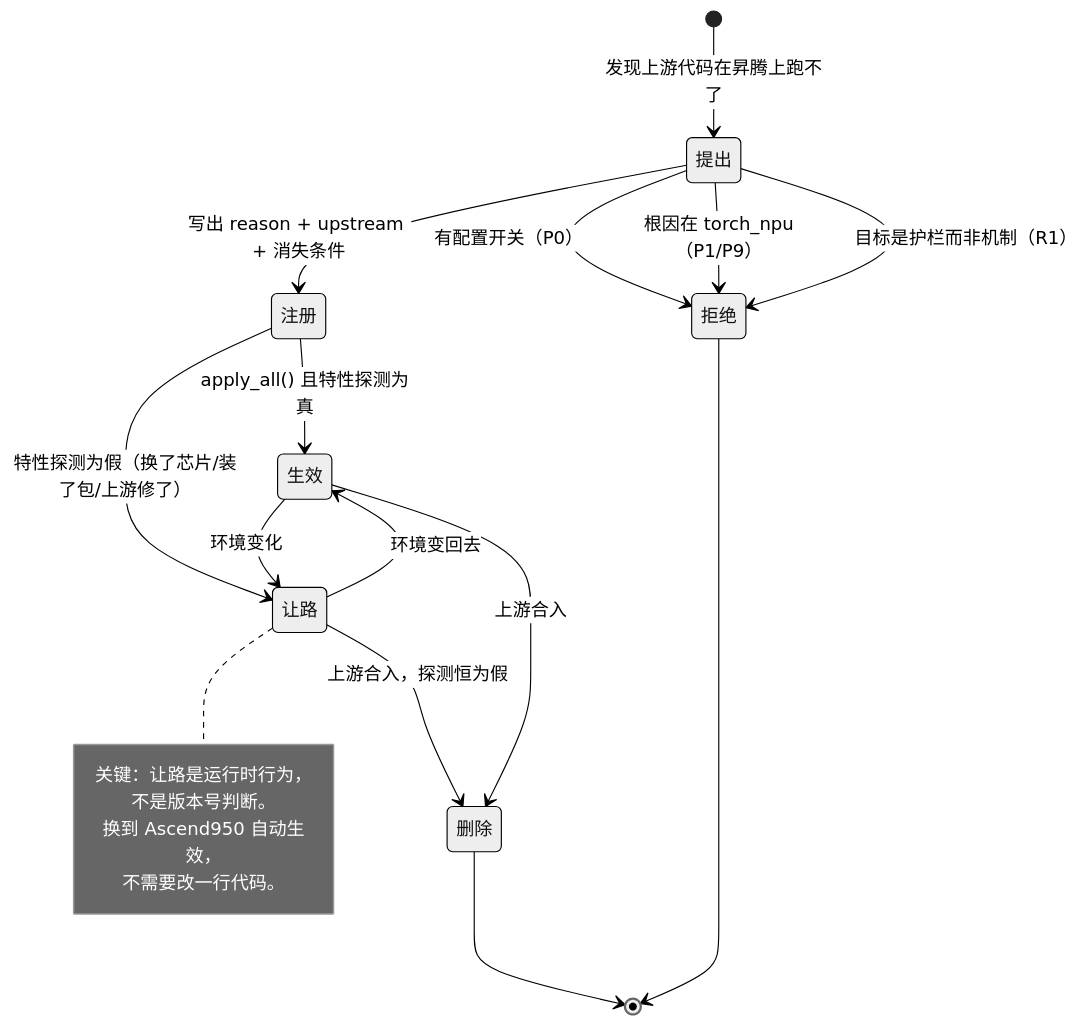
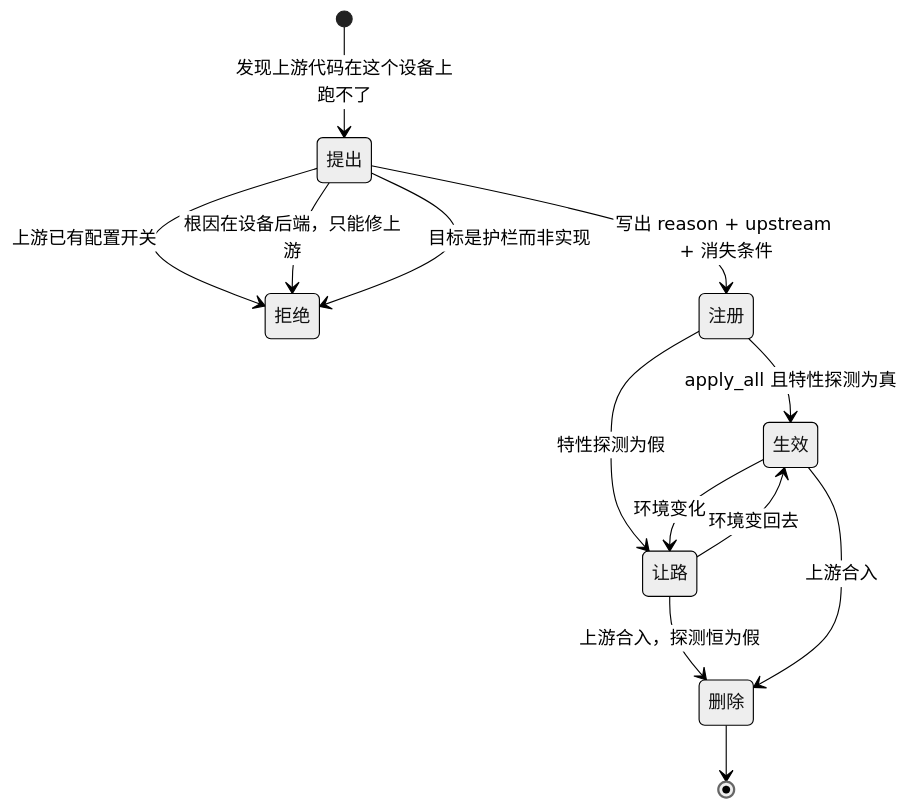
Before and after one commit to JavaZeroo/ascend-torchtitan: the eighth of 15 diagrams in docs/design/shim-and-override.md, drawn with Mermaid (neutral theme). The commit also changed other lines of this file and 1 other file, not shown here.

````diff
--- a/docs/design/shim-and-override.md
+++ b/docs/design/shim-and-override.md
@@ -305,23 +293,15 @@
 ```mermaid
 stateDiagram-v2
-    [*] --> 提出: 发现上游代码在昇腾上跑不了
-    提出 --> 拒绝: 有配置开关（P0）
-    提出 --> 拒绝: 根因在 torch_npu（P1/P9）
-    提出 --> 拒绝: 目标是护栏而非机制（R1）
+    [*] --> 提出: 发现上游代码在这个设备上跑不了
+    提出 --> 拒绝: 上游已有配置开关
+    提出 --> 拒绝: 根因在设备后端，只能修上游
+    提出 --> 拒绝: 目标是护栏而非实现
     提出 --> 注册: 写出 reason + upstream + 消失条件
-    注册 --> 生效: apply_all() 且特性探测为真
-    注册 --> 让路: 特性探测为假（换了芯片/装了包/上游修了）
+    注册 --> 生效: apply_all 且特性探测为真
+    注册 --> 让路: 特性探测为假
     生效 --> 让路: 环境变化
     让路 --> 生效: 环境变回去
     让路 --> 删除: 上游合入，探测恒为假
     生效 --> 删除: 上游合入
     删除 --> [*]
-    拒绝 --> [*]
-
-    note right of 让路
-        关键：让路是运行时行为，
-        不是版本号判断。
-        换到 Ascend950 自动生效，
-        不需要改一行代码。
-    end note
 ```
````
